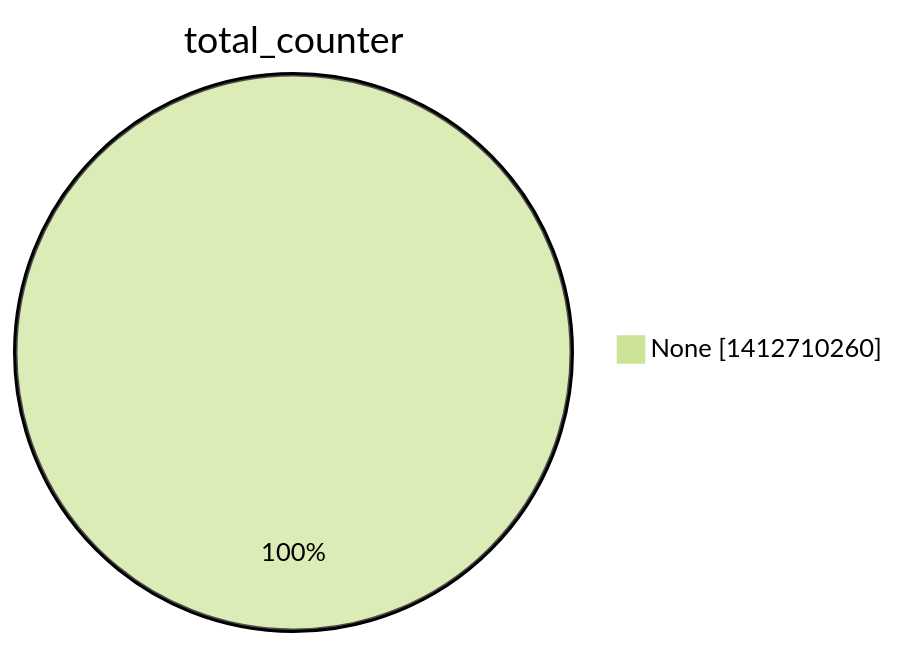
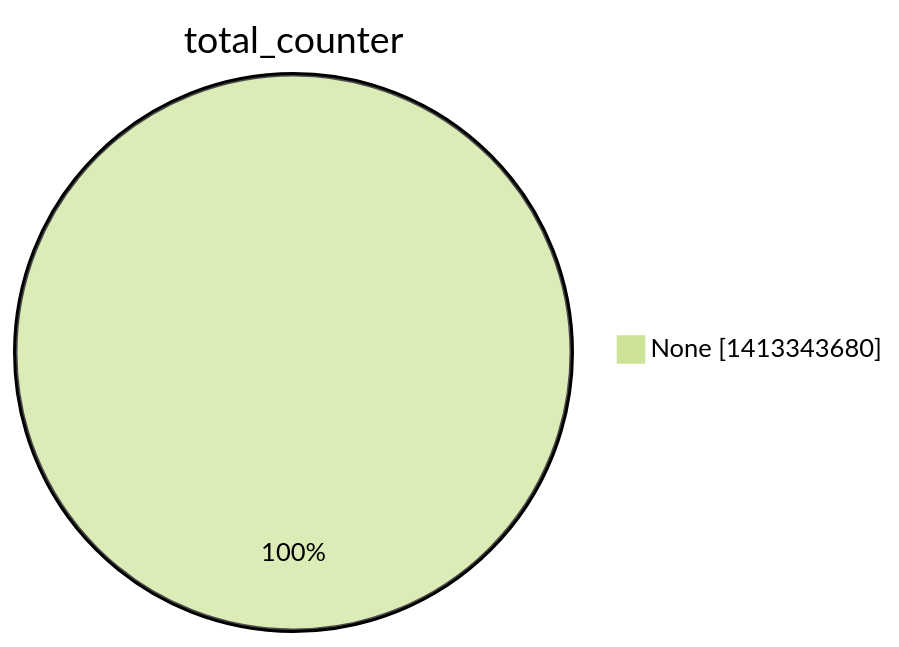
Before and after one commit to christiankrug/ctmonitor_visualization: the second of 15 diagrams in argon2022/README.md, drawn with Mermaid (forest theme). The commit also changed other lines of this file, not shown here.

````diff
--- a/argon2022/README.md
+++ b/argon2022/README.md
@@ -9,5 +9,5 @@
 ```mermaid
 pie showData
 title total_counter
-"None" :1412710260
+"None" :1413343680
 ```
````
